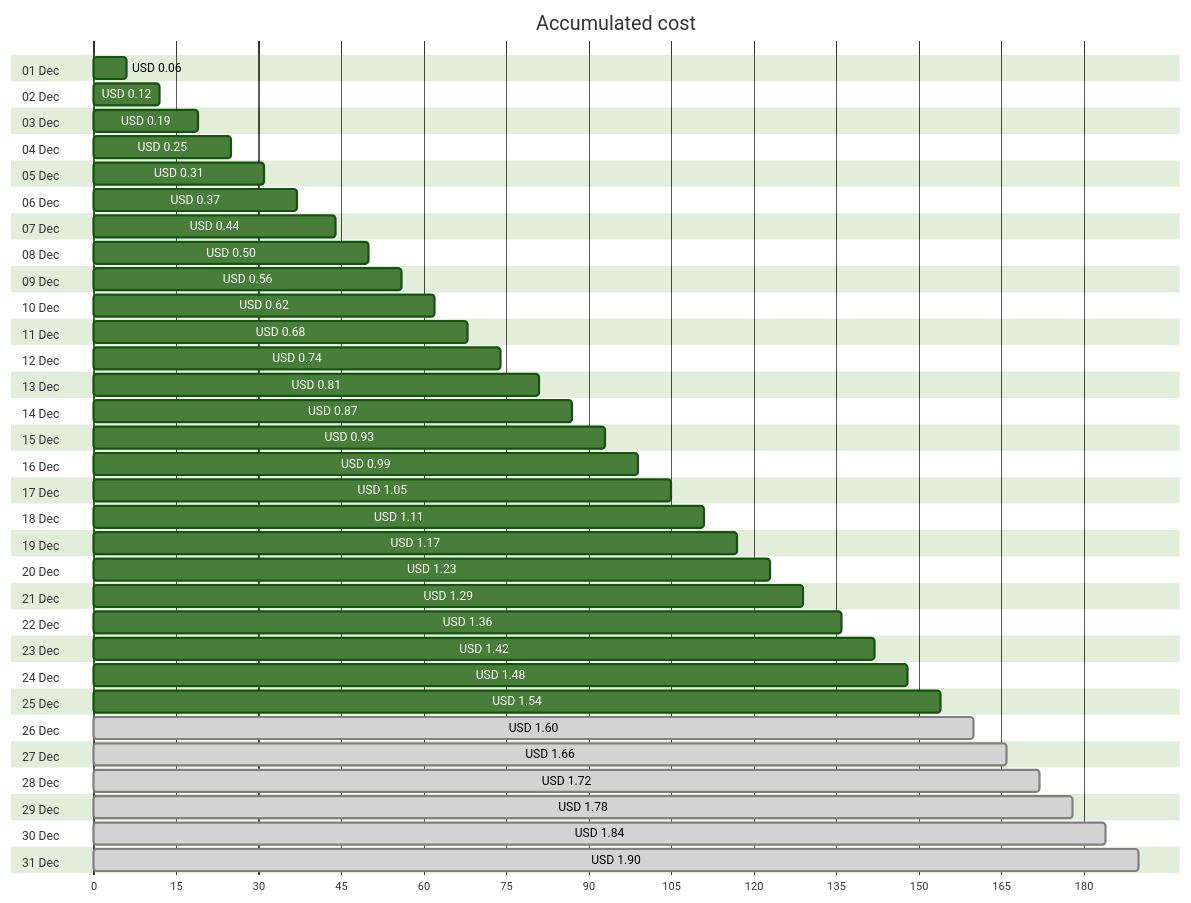
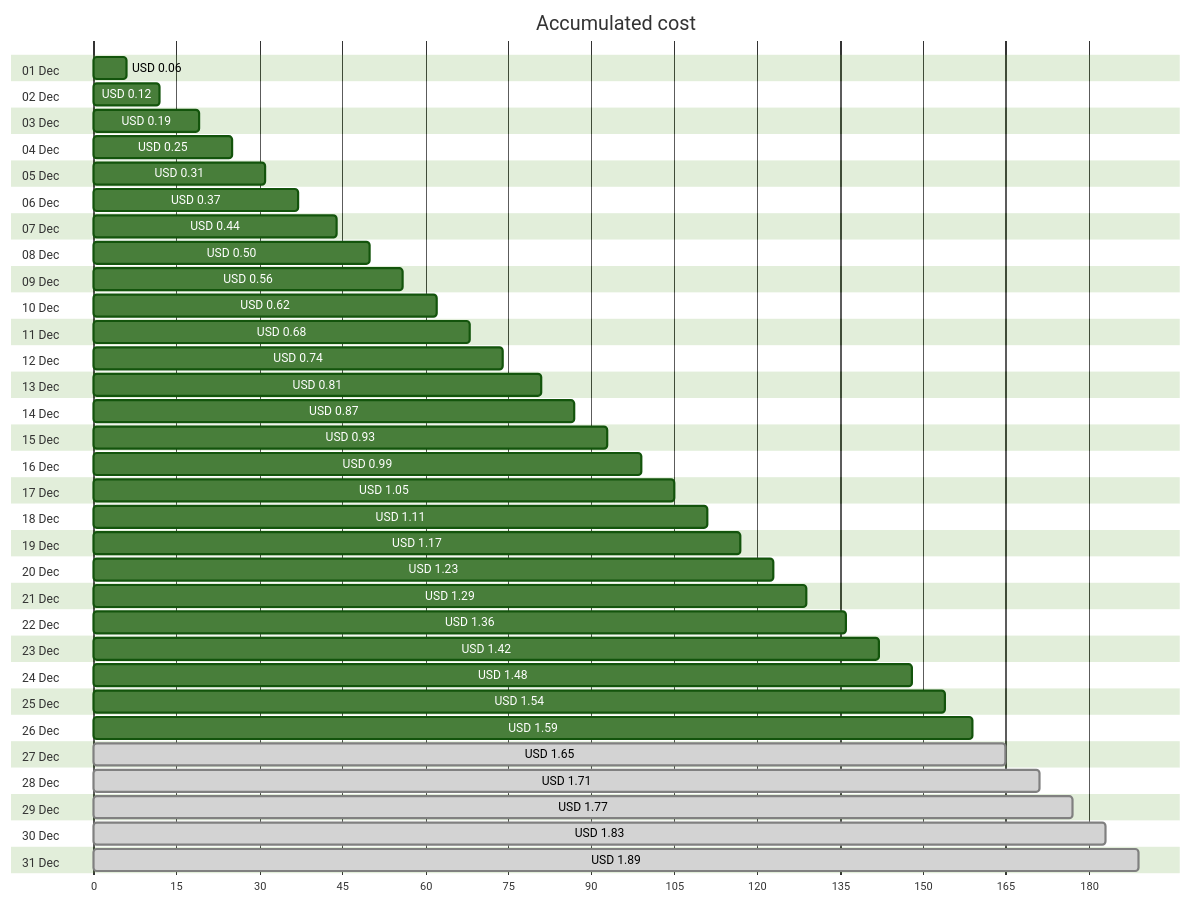
Before and after one commit to jpfulton/azure-personal-reports: the first of 4 diagrams in cost-reports/personal-network/backup-server_OsDisk.md, drawn with Mermaid (forest theme). The commit also changed other lines of this file and 8 other files, not shown here.

````diff
--- a/cost-reports/personal-network/backup-server_OsDisk.md
+++ b/cost-reports/personal-network/backup-server_OsDisk.md
@@ -20,68 +20,68 @@
 ```mermaid
 gantt
    title Accumulated cost
    dateFormat  X
    axisFormat %s
    section 01 Dec
    USD 0.06 :0, 6
    section 02 Dec
    USD 0.12 :0, 12
    section 03 Dec
    USD 0.19 :0, 19
    section 04 Dec
    USD 0.25 :0, 25
    section 05 Dec
    USD 0.31 :0, 31
    section 06 Dec
    USD 0.37 :0, 37
    section 07 Dec
    USD 0.44 :0, 44
    section 08 Dec
    USD 0.50 :0, 50
    section 09 Dec
    USD 0.56 :0, 56
    section 10 Dec
    USD 0.62 :0, 62
    section 11 Dec
    USD 0.68 :0, 68
    section 12 Dec
    USD 0.74 :0, 74
    section 13 Dec
    USD 0.81 :0, 81
    section 14 Dec
    USD 0.87 :0, 87
    section 15 Dec
    USD 0.93 :0, 93
    section 16 Dec
    USD 0.99 :0, 99
    section 17 Dec
    USD 1.05 :0, 105
    section 18 Dec
    USD 1.11 :0, 111
    section 19 Dec
    USD 1.17 :0, 117
    section 20 Dec
    USD 1.23 :0, 123
    section 21 Dec
    USD 1.29 :0, 129
    section 22 Dec
    USD 1.36 :0, 136
    section 23 Dec
    USD 1.42 :0, 142
    section 24 Dec
    USD 1.48 :0, 148
    section 25 Dec
    USD 1.54 :0, 154
    section 26 Dec
-   USD 1.60 : done, 0, 160
+   USD 1.59 :0, 159
    section 27 Dec
-   USD 1.66 : done, 0, 166
+   USD 1.65 : done, 0, 165
    section 28 Dec
-   USD 1.72 : done, 0, 172
+   USD 1.71 : done, 0, 171
    section 29 Dec
-   USD 1.78 : done, 0, 178
+   USD 1.77 : done, 0, 177
    section 30 Dec
-   USD 1.84 : done, 0, 184
+   USD 1.83 : done, 0, 183
    section 31 Dec
-   USD 1.90 : done, 0, 190
+   USD 1.89 : done, 0, 189
 ```
````
